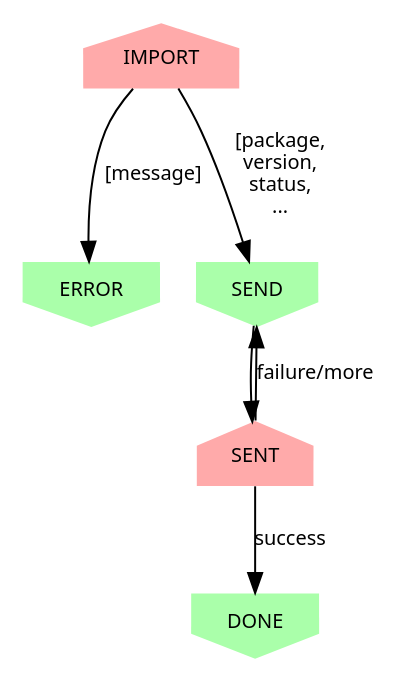
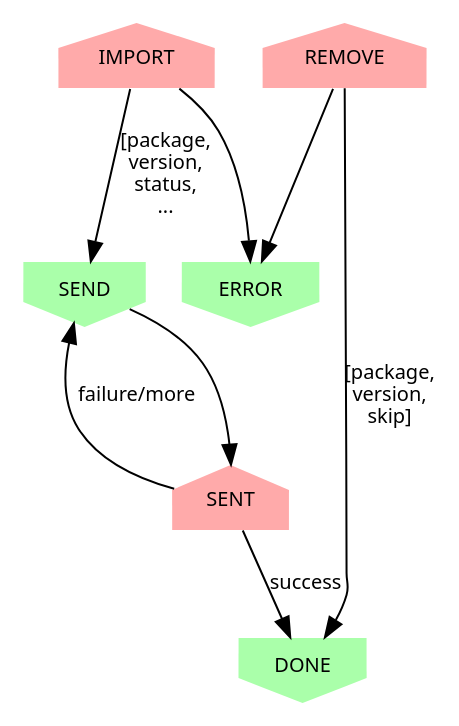
The diagram in docs/import_protocol.dot (piwheels/piwheels), drawn with Graphviz before and after one commit. The commit also changed 16 other files, not shown here.

```diff
--- a/docs/import_protocol.dot
+++ b/docs/import_protocol.dot
@@ -1,20 +1,23 @@
 digraph slave {
     /* Sent messages */
     node [shape=house, fontname=Sans, fontsize=10, style=filled, fillcolor="#ffaaaa", penwidth=0];
     IMPORT;
+    REMOVE;
     SENT;
 
     /* Received messages */
     node [shape=invhouse, fontname=Sans, fontsize=10, style=filled, fillcolor="#aaffaa", penwidth=0];
     ERROR;
     SEND;
     DONE;
 
     /* Edges */
     edge [fontname=Sans, fontsize=10];
     IMPORT->SEND [label="[package,\nversion,\nstatus,\n..."];
-    IMPORT->ERROR [label="[message]"];
+    IMPORT->ERROR;
     SEND->SENT;
     SENT->DONE [label="success"];
     SENT->SEND [label="failure/more"];
+    REMOVE->DONE [label="[package,\nversion,\nskip]"];
+    REMOVE->ERROR;
 }
```
